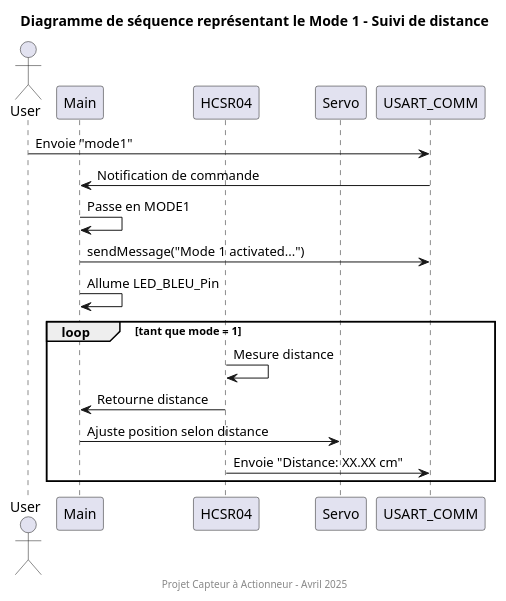
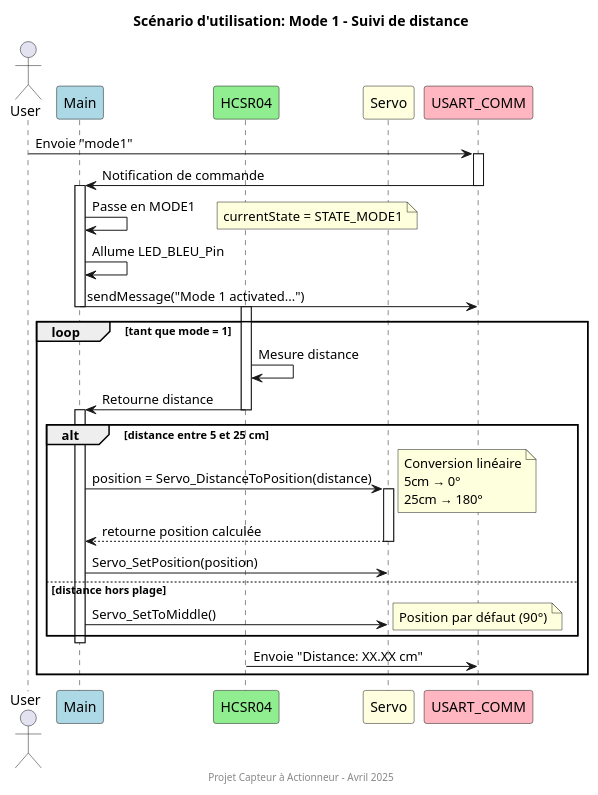
One commit to AzTaiiyoo/Capteur_actionneur changed the diagram in doc-README/DS-Mode1Scenario.puml. Above: the diagram before and after it, drawn with PlantUML. The commit also changed 16 other files, not shown here.

```diff
--- a/doc-README/DS-Mode1Scenario.puml
+++ b/doc-README/DS-Mode1Scenario.puml
@@ -1,25 +1,52 @@
 @startuml
-' Participants (modules)
+' Participants (modules) avec couleurs
 actor "User" as User
-participant "Main" as Main
-participant "HCSR04" as HCSR04
-participant "Servo" as Servo
-participant "USART_COMM" as USART
+participant "Main" as Main #LightBlue
+participant "HCSR04" as HCSR04 #LightGreen
+participant "Servo" as Servo #LightYellow
+participant "USART_COMM" as USART #LightPink
 
+title Scénario d'utilisation: Mode 1 - Suivi de distance
+
+' Activation du Mode 1
 User -> USART: Envoie "mode1"
+activate USART
 USART -> Main: Notification de commande
+deactivate USART
+activate Main
+
 Main -> Main: Passe en MODE1
+note right: currentState = STATE_MODE1
+Main -> Main: Allume LED_BLEU_Pin
 Main -> USART: sendMessage("Mode 1 activated...")
-Main -> Main: Allume LED_BLEU_Pin
+deactivate Main
 
+' Boucle de mesure et contrôle
 loop tant que mode = 1
+  activate HCSR04
   HCSR04 -> HCSR04: Mesure distance
   HCSR04 -> Main: Retourne distance
-  Main -> Servo: Ajuste position selon distance
+  deactivate HCSR04
+  
+  activate Main
+  alt distance entre 5 et 25 cm
+    Main -> Servo: position = Servo_DistanceToPosition(distance)
+    activate Servo
+    note right: Conversion linéaire\n5cm → 0°\n25cm → 180°
+    Servo --> Main: retourne position calculée
+    deactivate Servo
+    Main -> Servo: Servo_SetPosition(position)
+  else distance hors plage
+    Main -> Servo: Servo_SetToMiddle()
+    note right: Position par défaut (90°)
+  end
+  deactivate Main
+  
+  activate USART
   HCSR04 -> USART: Envoie "Distance: XX.XX cm"
+  deactivate USART
 end
 
-title Diagramme de séquence représentant le Mode 1 - Suivi de distance
 footer Projet Capteur à Actionneur – Avril 2025
 
 @enduml
```
